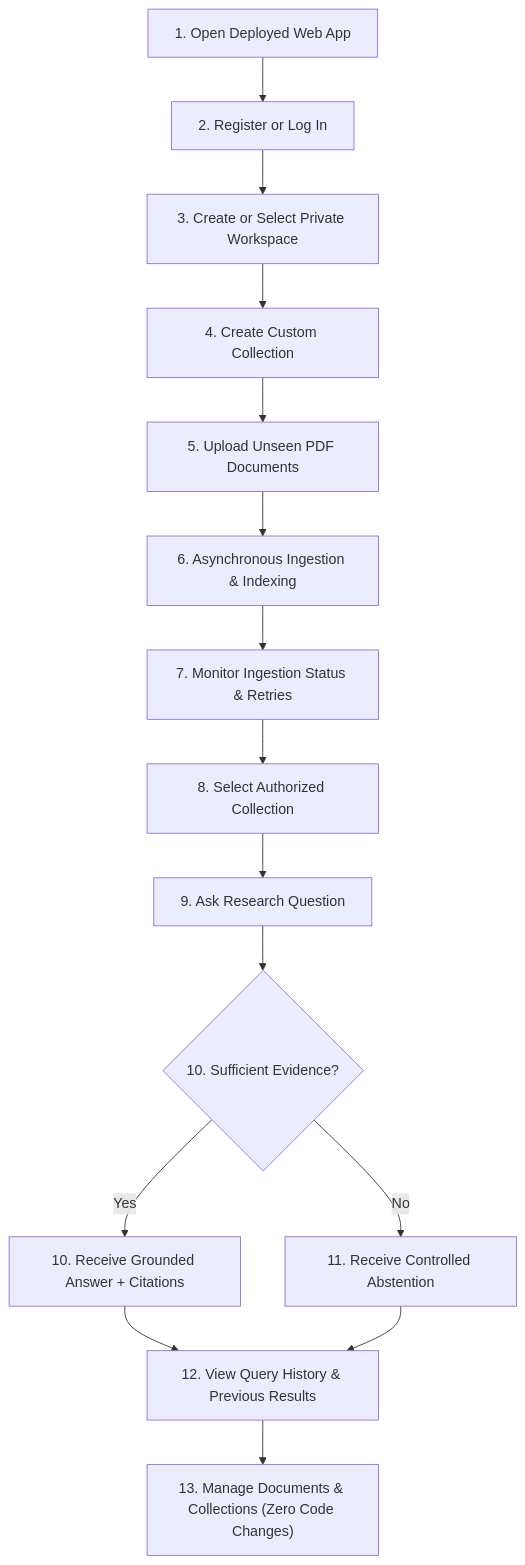
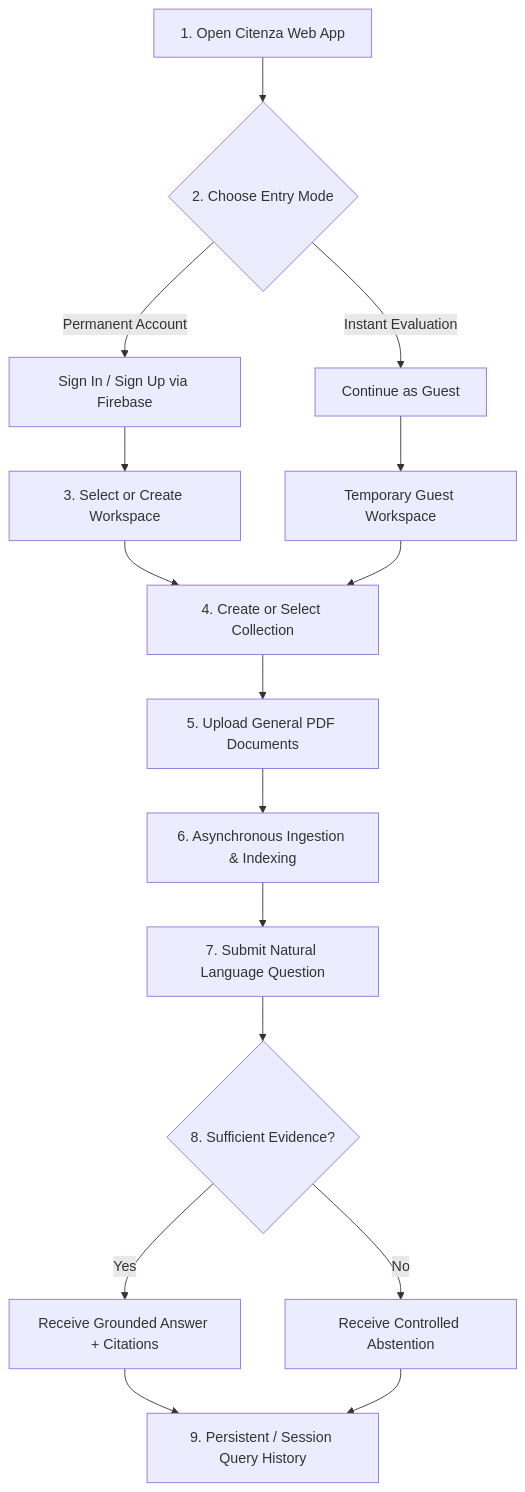
One commit to devgouravmax123/sebi-circular-rag-assistant changed the diagram in docs/PRD.md. Above: the diagram before and after it, drawn with Mermaid. The commit also changed other lines of this file and 132 other files, not shown here.

````diff
--- a/docs/PRD.md
+++ b/docs/PRD.md
@@ -35,17 +35,18 @@
 ```mermaid
 flowchart TD
-    A["1. Open Deployed Web App"] --> B["2. Register or Log In"]
-    B --> C["3. Create or Select Private Workspace"]
-    C --> D["4. Create Custom Collection"]
-    D --> E["5. Upload Unseen PDF Documents"]
-    E --> F["6. Asynchronous Ingestion & Indexing"]
-    F --> G["7. Monitor Ingestion Status & Retries"]
-    G --> H["8. Select Authorized Collection"]
-    H --> I["9. Ask Research Question"]
-    I --> J{"10. Sufficient Evidence?"}
-    J -- "Yes" --> K["10. Receive Grounded Answer + Citations"]
-    J -- "No" --> L["11. Receive Controlled Abstention"]
-    K --> M["12. View Query History & Previous Results"]
-    L --> M
-    M --> N["13. Manage Documents & Collections (Zero Code Changes)"]
+    A["1. Open Citenza Web App"] --> B{"2. Choose Entry Mode"}
+    B -->|"Permanent Account"| C["Sign In / Sign Up via Firebase"]
+    B -->|"Instant Evaluation"| D["Continue as Guest"]
+    C --> E["3. Select or Create Workspace"]
+    D --> F["Temporary Guest Workspace"]
+    E --> G["4. Create or Select Collection"]
+    F --> G
+    G --> H["5. Upload General PDF Documents"]
+    H --> I["6. Asynchronous Ingestion & Indexing"]
+    I --> J["7. Submit Natural Language Question"]
+    J --> K{"8. Sufficient Evidence?"}
+    K -- "Yes" --> L["Receive Grounded Answer + Citations"]
+    K -- "No" --> M["Receive Controlled Abstention"]
+    L --> N["9. Persistent / Session Query History"]
+    M --> N
 ```
````
